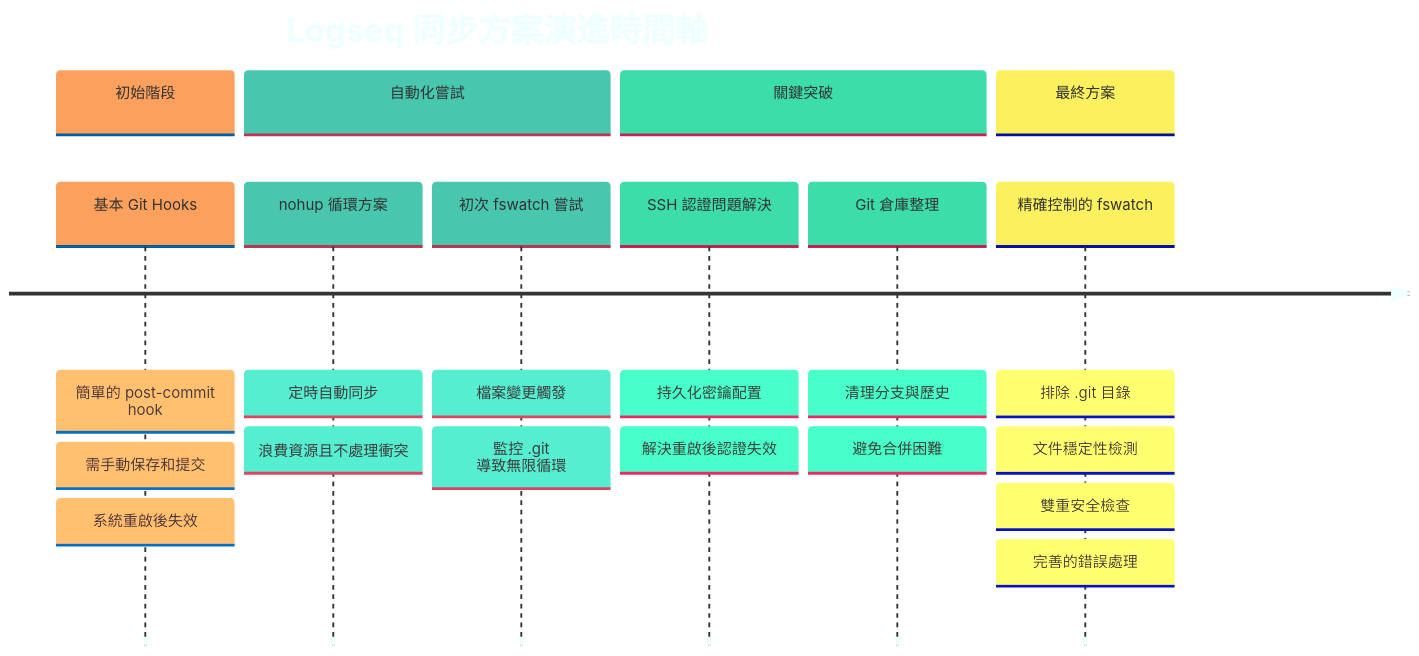
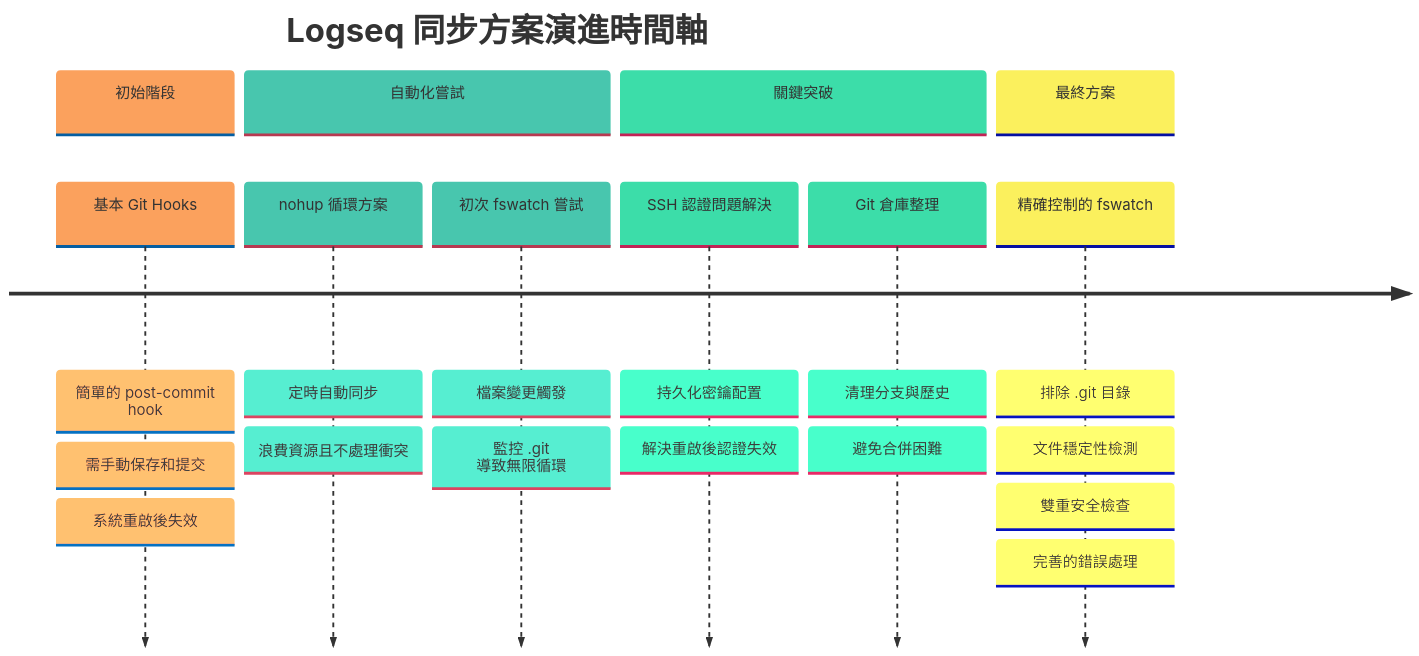
Before and after one commit to GengGeng026/Sync-Logseq: the first of 2 diagrams in Logseq同步方案演進記錄.md, drawn with Mermaid.

Commit message:
Auto-sync: Wed Mar 26 09:51:57 +08 2025

````diff
--- a/Logseq同步方案演進記錄.md
+++ b/Logseq同步方案演進記錄.md
@@ -24,40 +24,38 @@
 ```mermaid
 %%{init: {
   'theme': 'base', 
   'themeVariables': {
     'primaryColor': '#FEE9D9',
     'secondaryColor': '#A9E4D9',
     'tertiaryColor': '#A9F0D9',
     'lineColor': '#A9D9D9',
     'primaryBorderColor': '#A9D9D9',
     'background': 'transparent',
-    'textColor': '#EEFFFF',
-    'nodeBorder': 'darkgrey',
     'clusterBkg': 'transparent',
     'titleColor': '#FEE9D9',
     'fontFamily': 'Source Code Pro',
     'titleFontFamily': 'Source Code Pro'
   }
 }}%%
 timeline
     title Logseq 同步方案演進時間軸
     section 初始階段
         基本 Git Hooks : 簡單的 post-commit hook
         : 需手動保存和提交
         : 系統重啟後失效
     section 自動化嘗試
         nohup 循環方案 : 定時自動同步
         : 浪費資源且不處理衝突
         初次 fswatch 嘗試 : 檔案變更觸發
         : 監控 .git 導致無限循環
     section 關鍵突破
         SSH 認證問題解決 : 持久化密鑰配置
         : 解決重啟後認證失效
         Git 倉庫整理 : 清理分支與歷史
         : 避免合併困難
     section 最終方案
         精確控制的 fswatch : 排除 .git 目錄
         : 文件穩定性檢測
         : 雙重安全檢查
         : 完善的錯誤處理
 ```
````
